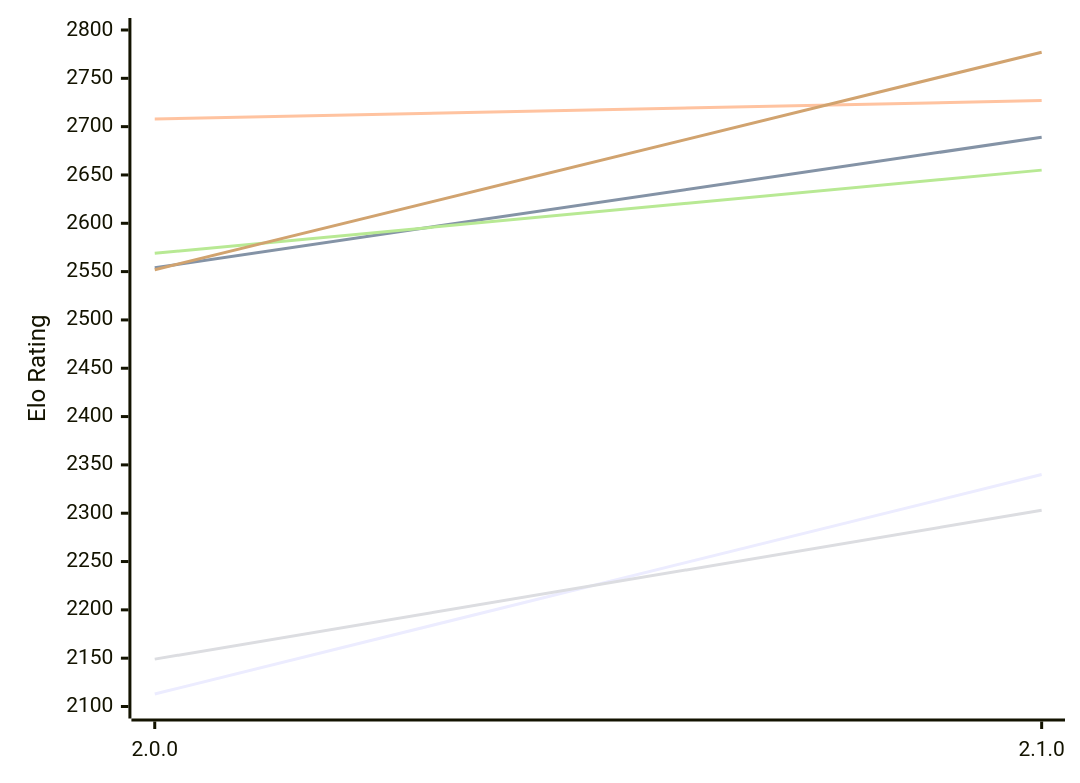
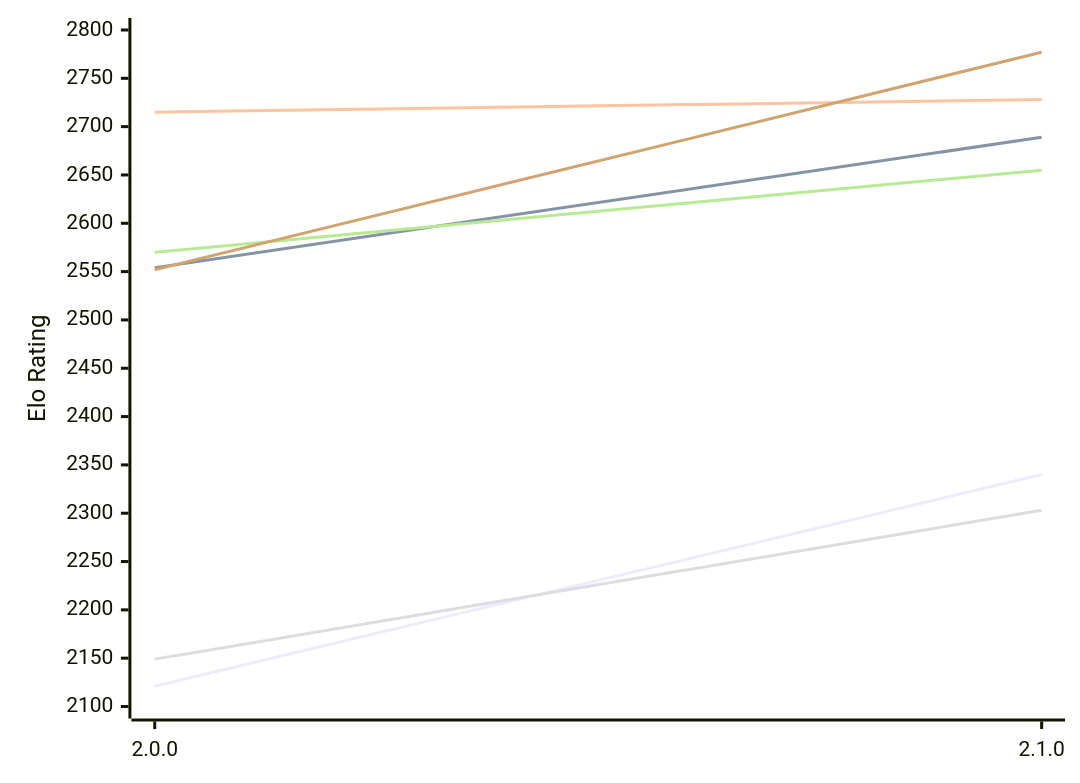
The first of 2 diagrams in engines/Ratsu.md (computer-chess-index/cci), drawn with Mermaid before and after one commit. The commit also changed other lines of this file, not shown here.

Commit message:
Update CCI Ratings (ELO VLTC) - 2026-11-27

````diff
--- a/engines/Ratsu.md
+++ b/engines/Ratsu.md
@@ -54,12 +54,12 @@
 ```mermaid
 %%{init: {"theme":"base","themeVariables":{"seriesColors:['#a3a3a3','#222221','#faa371']}}}%%
 xychart-beta
   x-axis ["2.0.0", "2.1.0"]
   y-axis "Elo Rating" 2100 --> 2800
-  line "E1: STC (8.0+0.08s)" [2113, 2340]
+  line "E1: STC (8.0+0.08s)" [2121, 2340]
   line "E1: LTC (60.0+0.60s)" [2554, 2689]
-  line "E1: VLTC (2m24s+1.12s)" [2708, 2727]
+  line "E1: VLTC (2m24s+1.12s)" [2715, 2728]
   line "P1: STC (8.0+0.08s)" [2149, 2303]
-  line "P1: LTC (60.0+0.60s)" [2569, 2655]
+  line "P1: LTC (60.0+0.60s)" [2570, 2655]
   line "P1: VLTC (2m24s+1.12s)" [2552, 2777]
 ```
````
